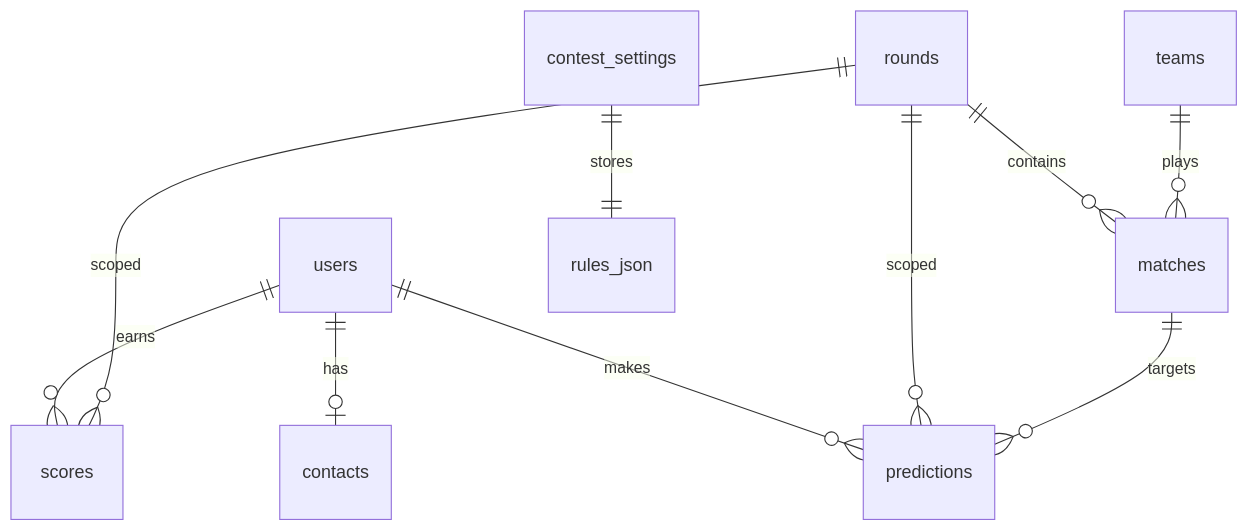
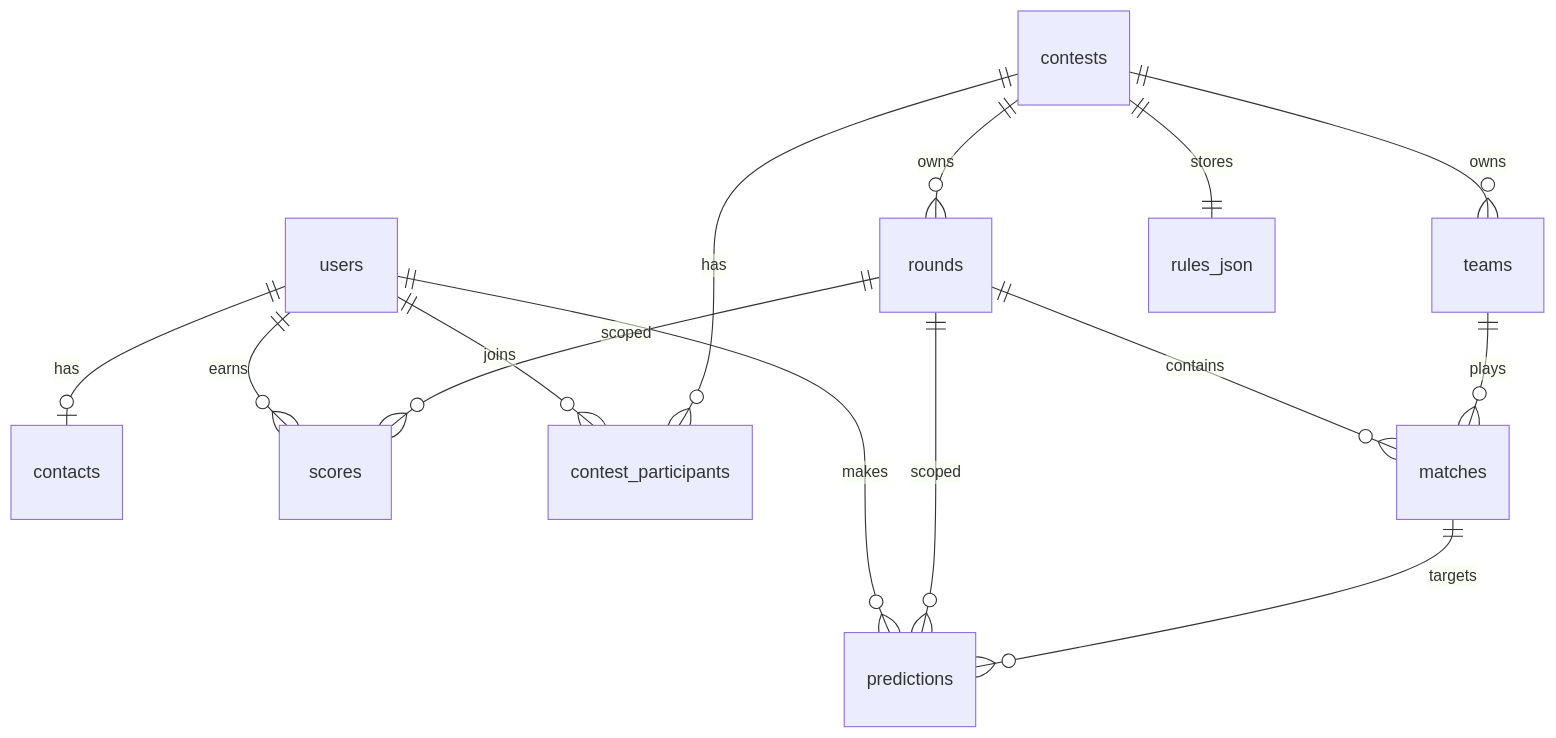
The diagram in manuals/DB_REFERENCE.md (VladimirPyat/football_prog), drawn with Mermaid before and after one commit. The commit also changed other lines of this file and 49 other files, not shown here.

````diff
--- a/manuals/DB_REFERENCE.md
+++ b/manuals/DB_REFERENCE.md
@@ -251,12 +288,16 @@
 ```mermaid
 erDiagram
     users ||--o| contacts : has
     users ||--o{ predictions : makes
     users ||--o{ scores : earns
+    users ||--o{ contest_participants : joins
+    contests ||--o{ contest_participants : has
+    contests ||--o{ teams : owns
+    contests ||--o{ rounds : owns
     rounds ||--o{ matches : contains
     rounds ||--o{ predictions : scoped
     rounds ||--o{ scores : scoped
     teams ||--o{ matches : plays
     matches ||--o{ predictions : targets
-    contest_settings ||--|| rules_json : stores
+    contests ||--|| rules_json : stores
 ```
````
